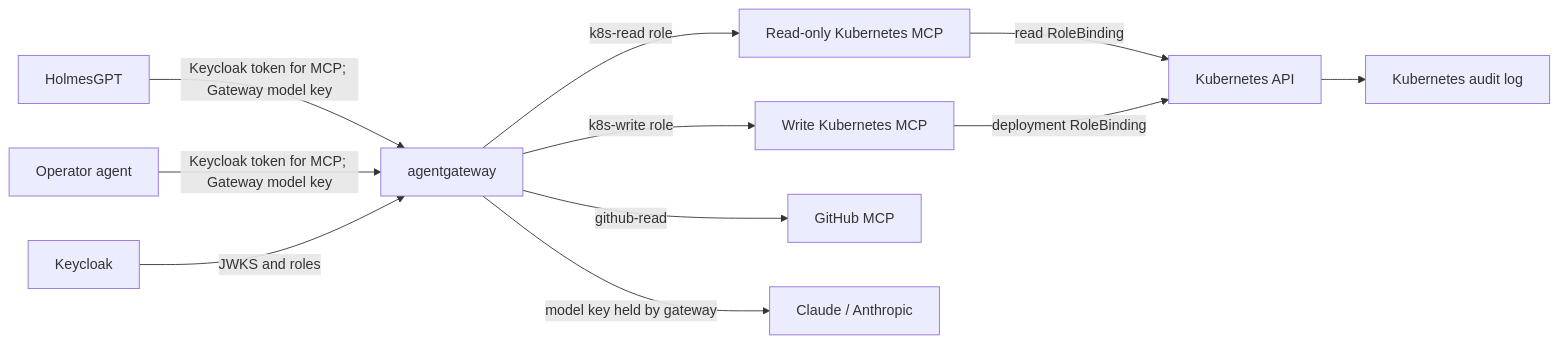
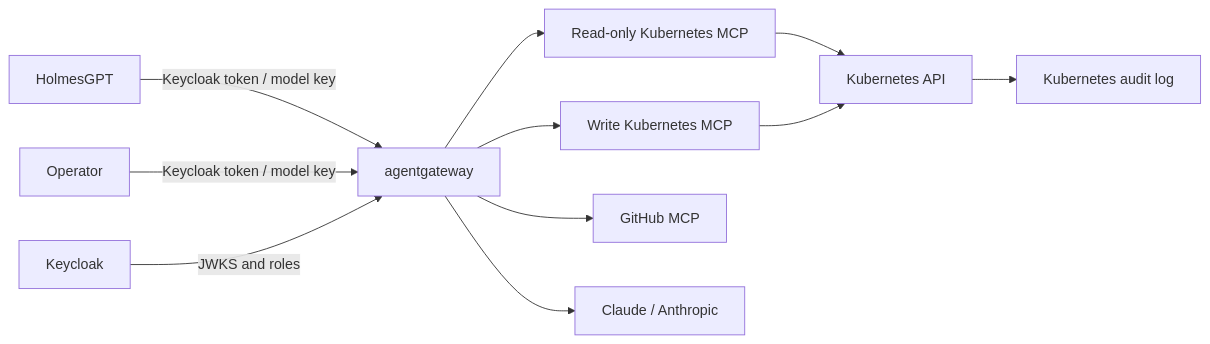
Before and after one commit to fsclyde/kubernetes-sre-security-lab: the diagram in README.md, drawn with Mermaid. The commit also changed other lines of this file, not shown here.

````diff
--- a/README.md
+++ b/README.md
@@ -24,13 +21,13 @@
 ```mermaid
 flowchart LR
-    H[HolmesGPT] -->|Keycloak token for MCP; Gateway model key| G[agentgateway]
-    O[Operator agent] -->|Keycloak token for MCP; Gateway model key| G
+    H[HolmesGPT] -->|Keycloak token / model key| G[agentgateway]
+    O[Operator] -->|Keycloak token / model key| G
     K[Keycloak] -->|JWKS and roles| G
-    G -->|k8s-read role| R[Read-only Kubernetes MCP]
-    G -->|k8s-write role| W[Write Kubernetes MCP]
-    G -->|github-read| GH[GitHub MCP]
-    G -->|model key held by gateway| L[Claude / Anthropic]
-    R -->|read RoleBinding| API[Kubernetes API]
-    W -->|deployment RoleBinding| API
+    G --> R[Read-only Kubernetes MCP]
+    G --> W[Write Kubernetes MCP]
+    G --> GH[GitHub MCP]
+    G --> L[Claude / Anthropic]
+    R --> API[Kubernetes API]
+    W --> API
     API --> AUD[Kubernetes audit log]
 ```
````
